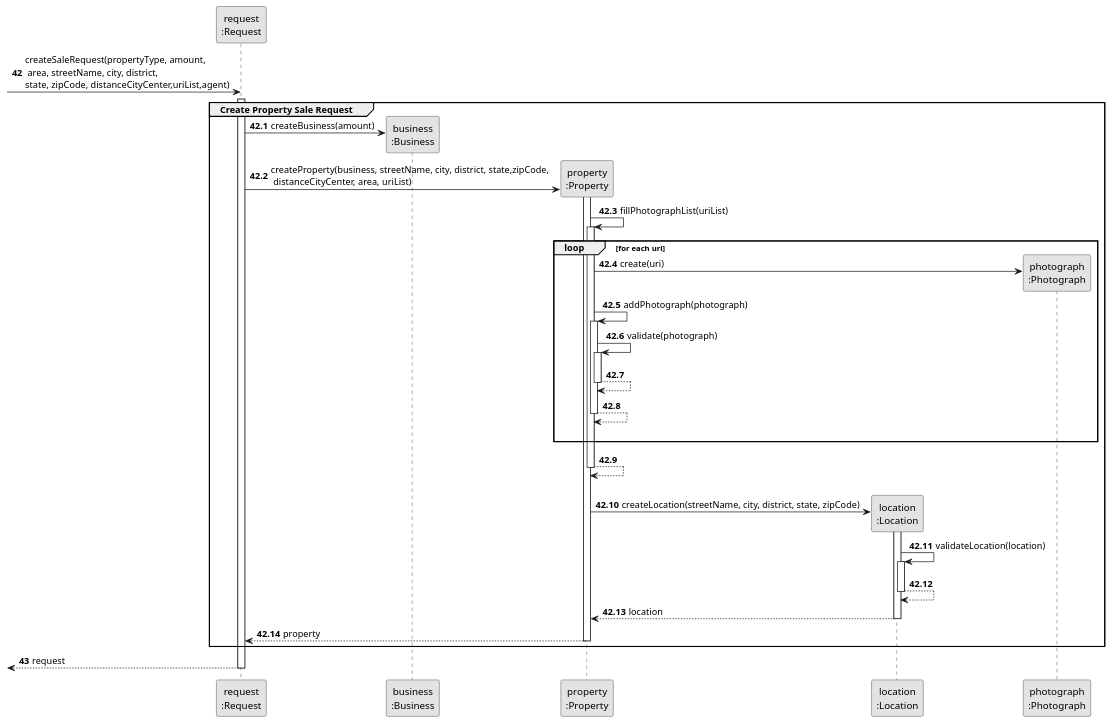
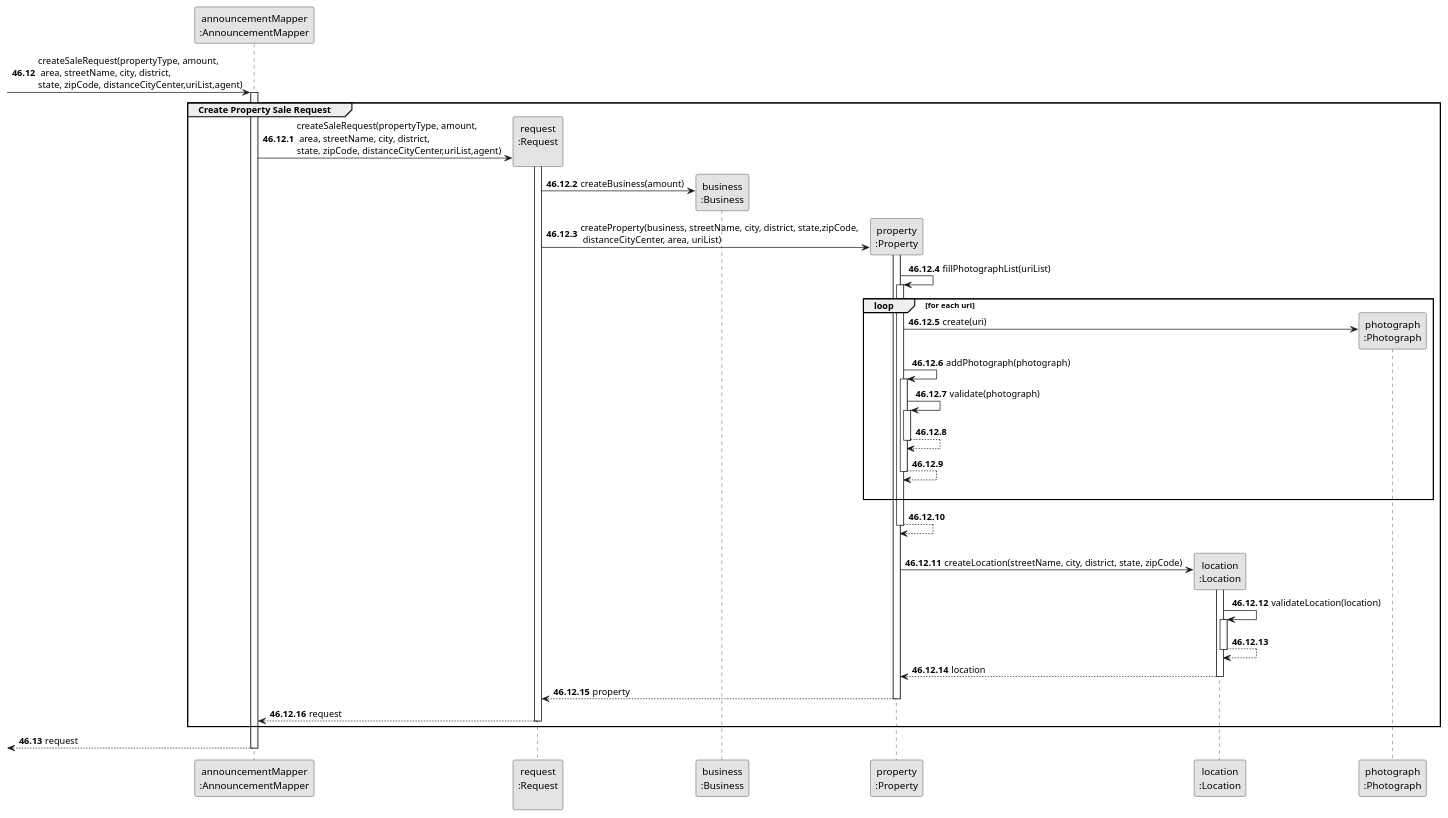
The diagram in docs/sprintD/us002/03.design/puml/us002-sequence-diagram-partial-create-property-sale-request.puml (rita-barbosa/LAPR2-2223), drawn with PlantUML before and after one commit. The commit also changed 19 other files, not shown here.

Commit message:
Update sequence diagrams [US002][Design][#05 Task]

```diff
--- a/docs/sprintD/us002/03.design/puml/us002-sequence-diagram-partial-create-property-sale-request.puml
+++ b/docs/sprintD/us002/03.design/puml/us002-sequence-diagram-partial-create-property-sale-request.puml
@@ -1,78 +1,82 @@
 @startuml
 skinparam monochrome true
 skinparam packageStyle rectangle
 skinparam shadowing false
 
-
-participant "request\n:Request" as REQUEST
+participant "announcementMapper\n:AnnouncementMapper" as MAPPER
+participant "request\n:Request\n" as REQUEST
 participant "business\n:Business" as BUSINESS
 participant "property\n:Property" as PROPERTY
 participant "location\n:Location" as LOCATION
 participant "photograph\n:Photograph" as PHOTO
 
 
 
-autonumber 42
+autonumber 46.12
 
-        -> REQUEST **: createSaleRequest(propertyType, amount,\n area, streetName, city, district,\nstate, zipCode, distanceCityCenter,uriList,agent)
-        activate REQUEST
+        -> MAPPER : createSaleRequest(propertyType, amount,\n area, streetName, city, district,\nstate, zipCode, distanceCityCenter,uriList,agent)
+          activate MAPPER
 
-autonumber 42.1
+autonumber 46.12.1
 
     group Create Property Sale Request
 
+         MAPPER -> REQUEST **: createSaleRequest(propertyType, amount,\n area, streetName, city, district,\nstate, zipCode, distanceCityCenter,uriList,agent)
+         activate REQUEST
 
         REQUEST -> BUSINESS** : createBusiness(amount)
 
                 REQUEST -> PROPERTY** : createProperty(business, streetName, city, district, state,zipCode,\n distanceCityCenter, area, uriList)
                 activate PROPERTY
                 PROPERTY -> PROPERTY: fillPhotographList(uriList)
                 activate PROPERTY
 
                 loop for each uri
 
                 PROPERTY -> PHOTO**: create(uri)
 
                 PROPERTY -> PROPERTY: addPhotograph(photograph)
                 activate PROPERTY
 
                 PROPERTY -> PROPERTY: validate(photograph)
                 activate PROPERTY
 
                 PROPERTY --> PROPERTY:
                 deactivate PROPERTY
 
                 PROPERTY --> PROPERTY:
                 deactivate PROPERTY
                 |||
                 end loop
 
                 PROPERTY --> PROPERTY:
                 deactivate PROPERTY
 
 
                 |||
                 PROPERTY -> LOCATION** : createLocation(streetName, city, district, state, zipCode)
                 activate LOCATION
 
                 LOCATION -> LOCATION : validateLocation(location)
                 activate LOCATION
 
                 LOCATION--> LOCATION
                 deactivate LOCATION
 
                 LOCATION --> PROPERTY : location
                 deactivate LOCATION
 
                 PROPERTY --> REQUEST: property
                 deactivate PROPERTY
 
+                REQUEST --> MAPPER : request
+                deactivate REQUEST
 
 
 
 end group
-autonumber 43
-        <-- REQUEST : request
-       deactivate REQUEST
+autonumber 46.13
+      <--  MAPPER : request
+      deactivate MAPPER
 
 @enduml
```
